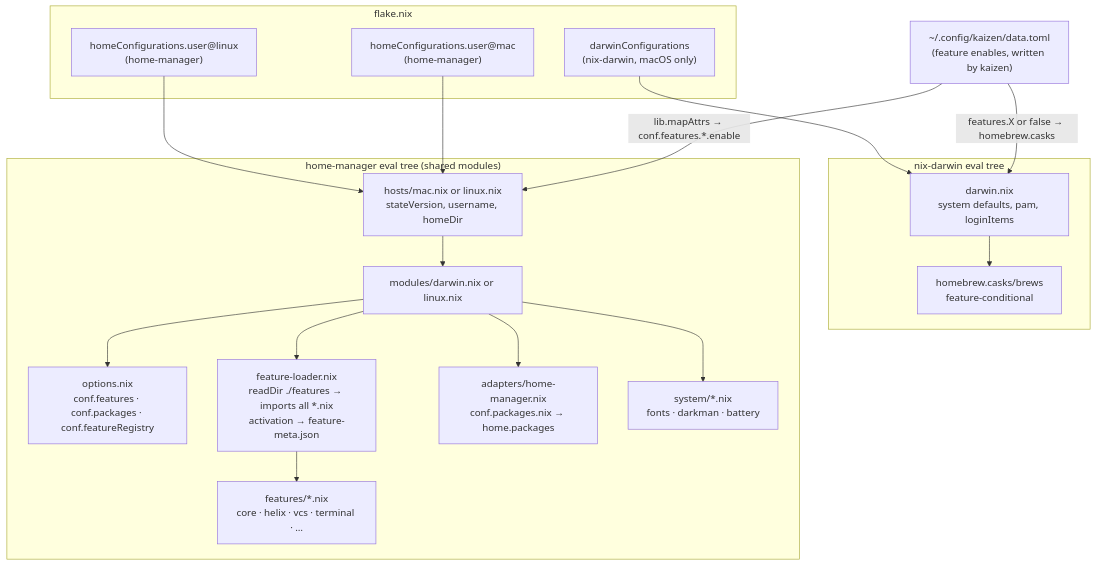
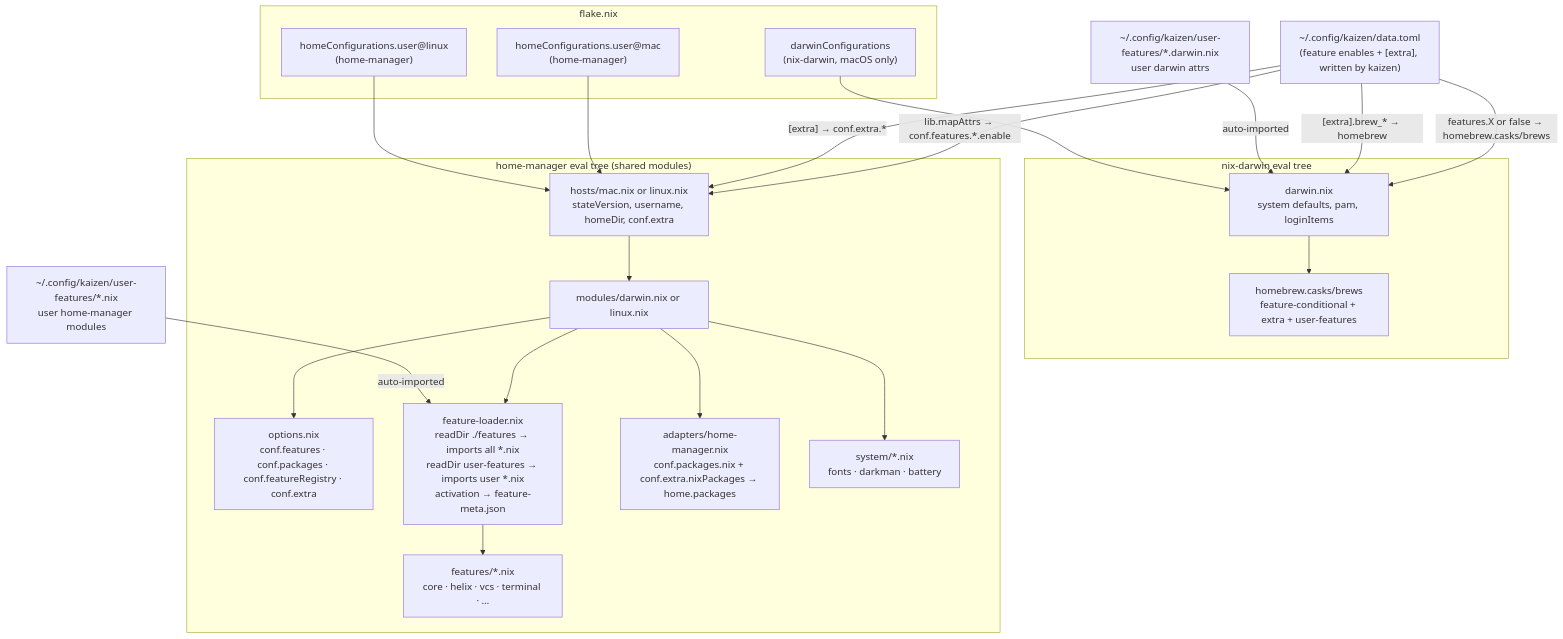
The sixth of 6 diagrams in docs/architecture.md (Artawower/kaizen), drawn with Mermaid before and after one commit. The commit also changed other lines of this file and 14 other files, not shown here.

First line of the commit message:
feat(extensibility): user [extra] in data.toml + user-features/*.nix

````diff
--- a/docs/architecture.md
+++ b/docs/architecture.md
@@ -155,40 +155,46 @@
 ```mermaid
 graph TD
-    data["~/.config/kaizen/data.toml<br/>(feature enables, written by kaizen)"]
+    data["~/.config/kaizen/data.toml<br/>(feature enables + [extra], written by kaizen)"]
+    user_nix["~/.config/kaizen/user-features/*.nix<br/>user home-manager modules"]
+    user_darwin["~/.config/kaizen/user-features/*.darwin.nix<br/>user darwin attrs"]
 
     subgraph flake["flake.nix"]
         darwin_cfg["darwinConfigurations<br/>(nix-darwin, macOS only)"]
         hm_mac["homeConfigurations.user@mac<br/>(home-manager)"]
         hm_linux["homeConfigurations.user@linux<br/>(home-manager)"]
     end
 
     subgraph darwin_tree["nix-darwin eval tree"]
         darwin_nix["darwin.nix<br/>system defaults, pam, loginItems"]
-        brew["homebrew.casks/brews<br/>feature-conditional"]
+        brew["homebrew.casks/brews<br/>feature-conditional + extra + user-features"]
         darwin_nix --> brew
     end
 
     subgraph hm_tree["home-manager eval tree (shared modules)"]
-        host["hosts/mac.nix or linux.nix<br/>stateVersion, username, homeDir"]
+        host["hosts/mac.nix or linux.nix<br/>stateVersion, username, homeDir, conf.extra"]
         mod["modules/darwin.nix or linux.nix"]
-        options["options.nix<br/>conf.features · conf.packages · conf.featureRegistry"]
-        loader["feature-loader.nix<br/>readDir ./features → imports all *.nix<br/>activation → feature-meta.json"]
+        options["options.nix<br/>conf.features · conf.packages · conf.featureRegistry · conf.extra"]
+        loader["feature-loader.nix<br/>readDir ./features → imports all *.nix<br/>readDir user-features → imports user *.nix<br/>activation → feature-meta.json"]
         features["features/*.nix<br/>core · helix · vcs · terminal · …"]
-        adapter["adapters/home-manager.nix<br/>conf.packages.nix → home.packages"]
+        adapter["adapters/home-manager.nix<br/>conf.packages.nix + conf.extra.nixPackages → home.packages"]
         system["system/*.nix<br/>fonts · darkman · battery"]
 
         host --> mod
         mod --> options
         mod --> loader
         mod --> adapter
         mod --> system
         loader --> features
     end
 
     data -- "lib.mapAttrs → conf.features.*.enable" --> host
-    data -- "features.X or false → homebrew.casks" --> darwin_nix
+    data -- "[extra] → conf.extra.*" --> host
+    data -- "features.X or false → homebrew.casks/brews" --> darwin_nix
+    data -- "[extra].brew_* → homebrew" --> darwin_nix
+    user_nix -- "auto-imported" --> loader
+    user_darwin -- "auto-imported" --> darwin_nix
 
     darwin_cfg --> darwin_nix
     hm_mac --> host
     hm_linux --> host
 ```
````
